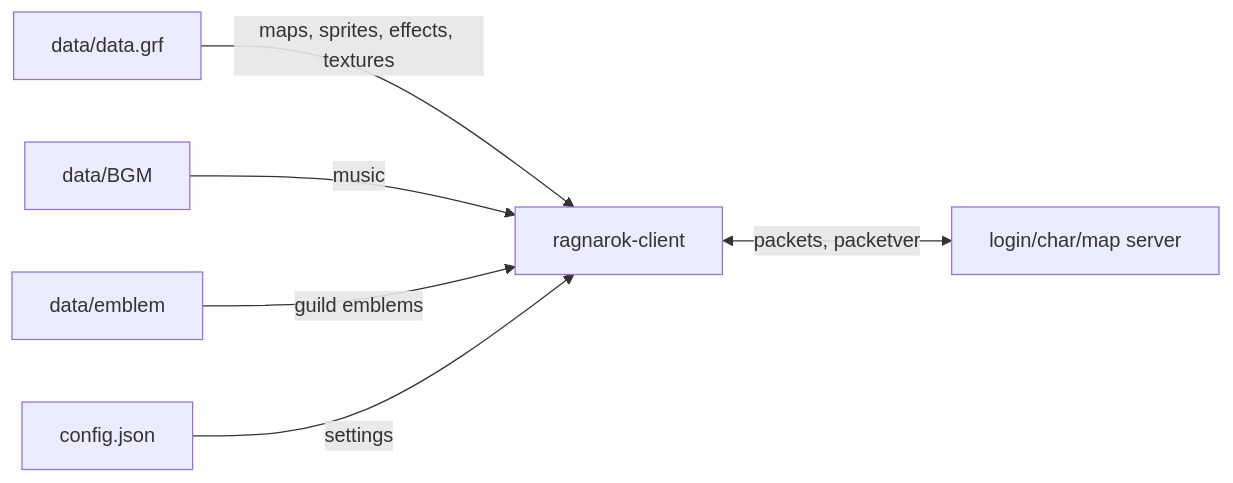
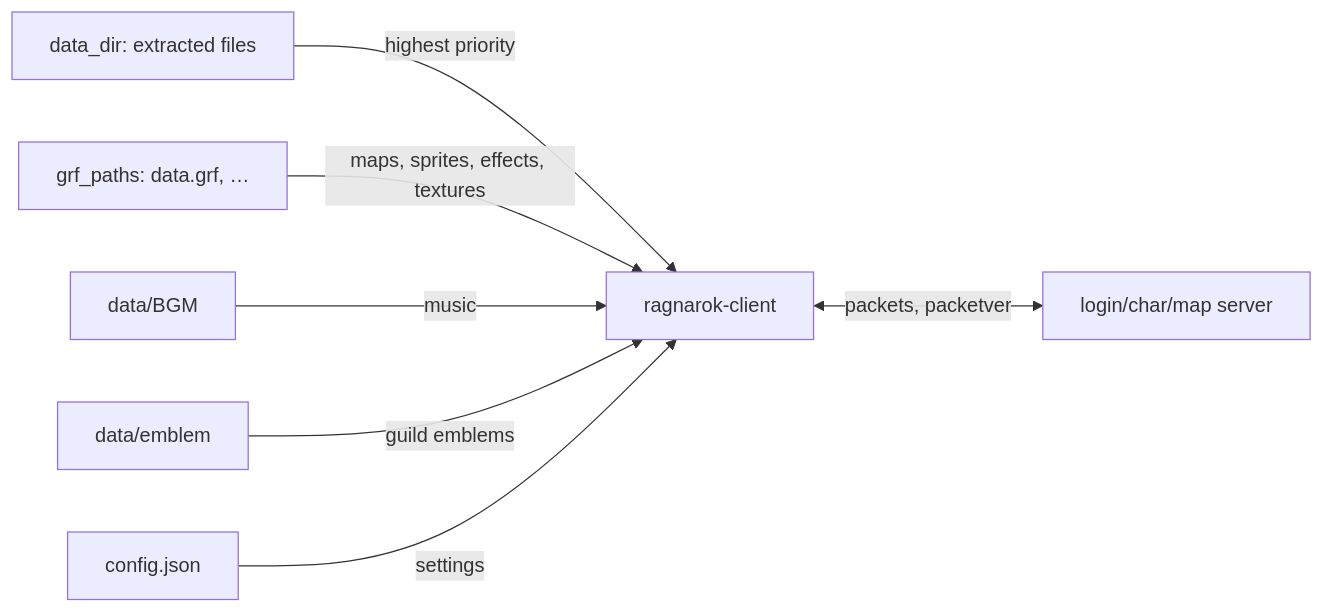
Before and after one commit to nmeylan/nostalro-client: the diagram in README.md, drawn with Mermaid. The commit also changed other lines of this file and 36 other files, not shown here.

````diff
--- a/README.md
+++ b/README.md
@@ -50,8 +55,9 @@
 ```mermaid
 flowchart LR
-    grf[data/data.grf] -->|maps, sprites, effects, textures| client[ragnarok-client]
+    datadir[data_dir: extracted files] -->|highest priority| client[ragnarok-client]
+    grf[grf_paths: data.grf, …] -->|maps, sprites, effects, textures| client
     bgm[data/BGM] -->|music| client
     emblem[data/emblem] -->|guild emblems| client
     config[config.json] -->|settings| client
     client <-->|packets, packetver| server[login/char/map server]
 ```
````
